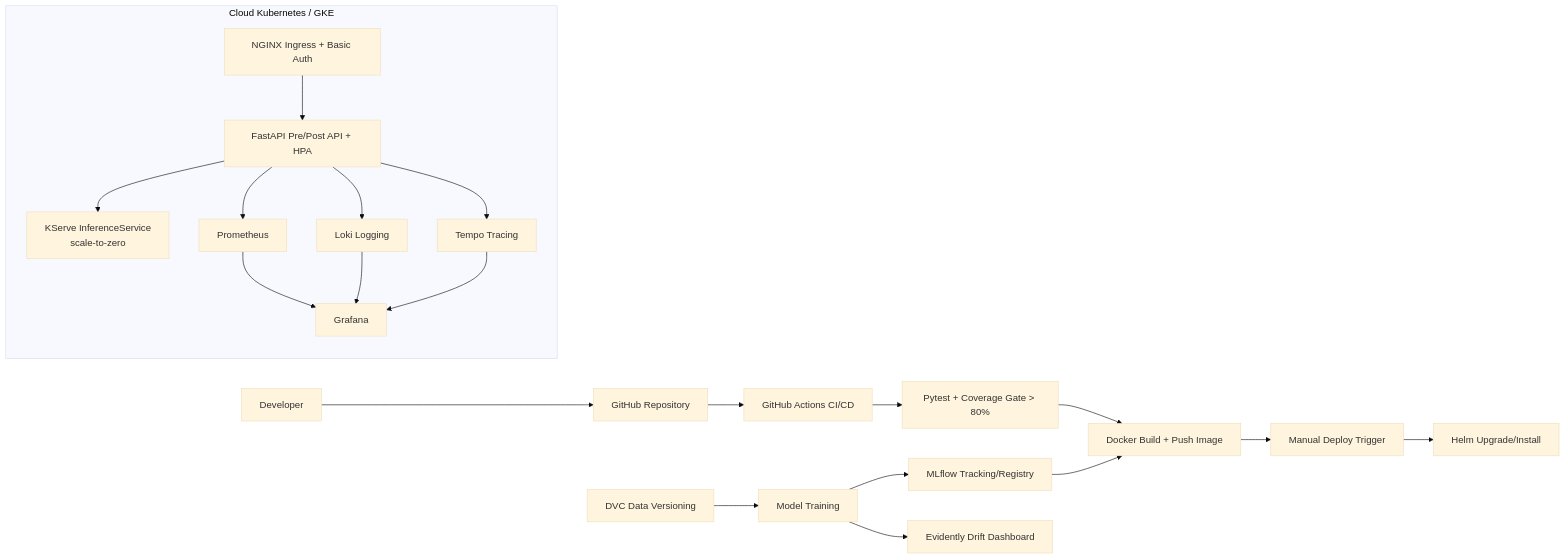
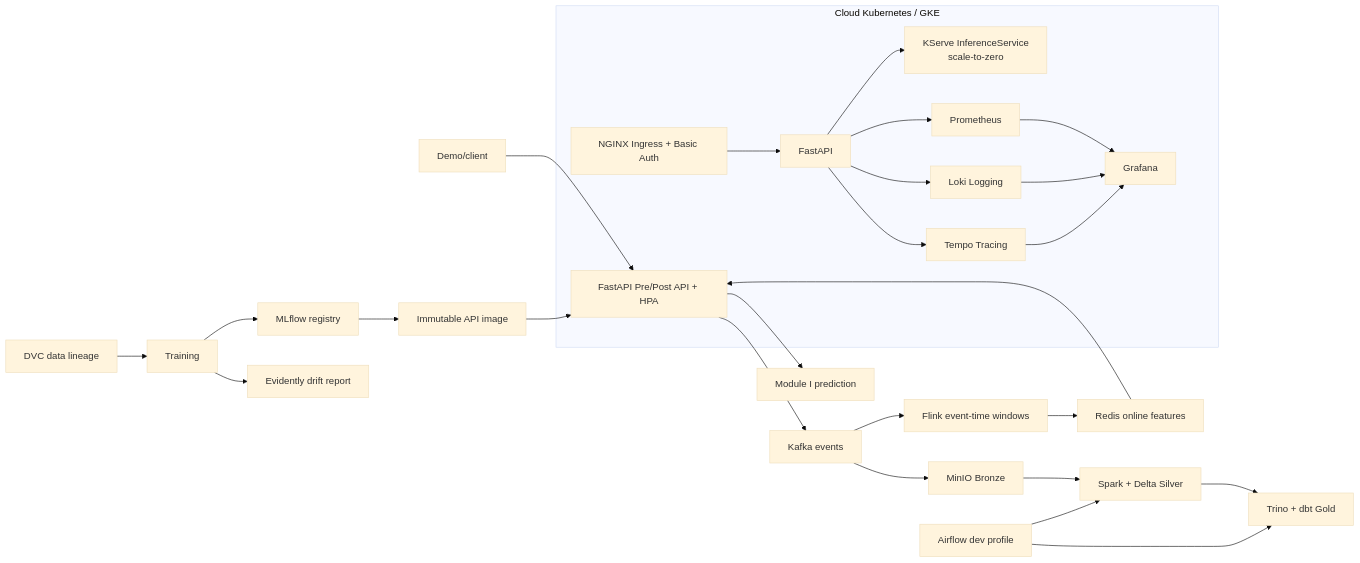
Before and after one commit to nhatminh06/personal-cognitive-load-monitor: the diagram in README.md, drawn with Mermaid (base theme). The commit also changed other lines of this file and 26 other files, not shown here.

````diff
--- a/README.md
+++ b/README.md
@@ -148,32 +155,39 @@
 ```mermaid
 flowchart LR
-    Dev[Developer] --> GitHub[GitHub Repository]
-    GitHub --> CI[GitHub Actions CI/CD]
-    CI --> Test[Pytest + Coverage Gate > 80%]
-    Test --> Build[Docker Build + Push Image]
-    Build --> Manual[Manual Deploy Trigger]
-    Manual --> Helm[Helm Upgrade/Install]
+    Browser[Demo/client] --> API[FastAPI]
+    API --> Predict[Module I prediction]
+    API --> Kafka[Kafka events]
+    Kafka --> Bronze[MinIO Bronze]
+    Bronze --> Spark[Spark + Delta Silver]
+    Spark --> Trino[Trino + dbt Gold]
+    Airflow[Airflow dev profile] --> Spark
+    Airflow --> Trino
+    Kafka --> Flink[Flink event-time windows]
+    Flink --> Redis[Redis online features]
+    Redis --> API
+
+    DVC[DVC data lineage] --> Train[Training]
+    Train --> MLflow[MLflow registry]
+    MLflow --> Image[Immutable API image]
+    Image --> API
 
     subgraph GKE[Cloud Kubernetes / GKE]
         NGINX[NGINX Ingress + Basic Auth]
         API[FastAPI Pre/Post API + HPA]
         KServe[KServe InferenceService\nscale-to-zero]
         Prom[Prometheus]
         Grafana[Grafana]
         Loki[Loki Logging]
         Tempo[Tempo Tracing]
-        NGINX --> API
-        API --> KServe
-        API --> Prom
-        API --> Loki
-        API --> Tempo
+        NGINX --> CloudAPI[FastAPI]
+        CloudAPI --> KServe
+        CloudAPI --> Prom
+        CloudAPI --> Loki
+        CloudAPI --> Tempo
         Prom --> Grafana
         Loki --> Grafana
         Tempo --> Grafana
     end
 
-    DVC[DVC Data Versioning] --> Train[Model Training]
-    Train --> MLflow[MLflow Tracking/Registry]
-    MLflow --> Build
-    Train --> Evidently[Evidently Drift Dashboard]
+    Train --> Evidently[Evidently drift report]
 ```
````
